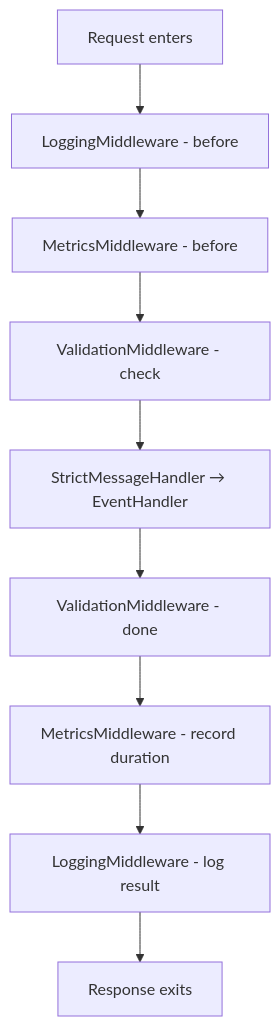
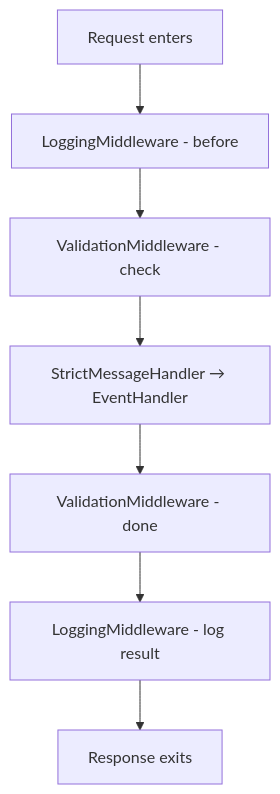
Before and after one commit to akakaule/NimBus: the diagram in docs/pipeline-middleware.md, drawn with Mermaid. The commit also changed other lines of this file and 121 other files, not shown here.

````diff
--- a/docs/pipeline-middleware.md
+++ b/docs/pipeline-middleware.md
@@ -9,11 +9,9 @@
 ```mermaid
 flowchart TD
     Req[Request enters] --> L1[LoggingMiddleware - before]
-    L1 --> M1[MetricsMiddleware - before]
-    M1 --> V1[ValidationMiddleware - check]
+    L1 --> V1[ValidationMiddleware - check]
     V1 --> H[StrictMessageHandler → EventHandler]
     H --> V2[ValidationMiddleware - done]
-    V2 --> M2[MetricsMiddleware - record duration]
-    M2 --> L2[LoggingMiddleware - log result]
+    V2 --> L2[LoggingMiddleware - log result]
     L2 --> Res[Response exits]
 ```
````
